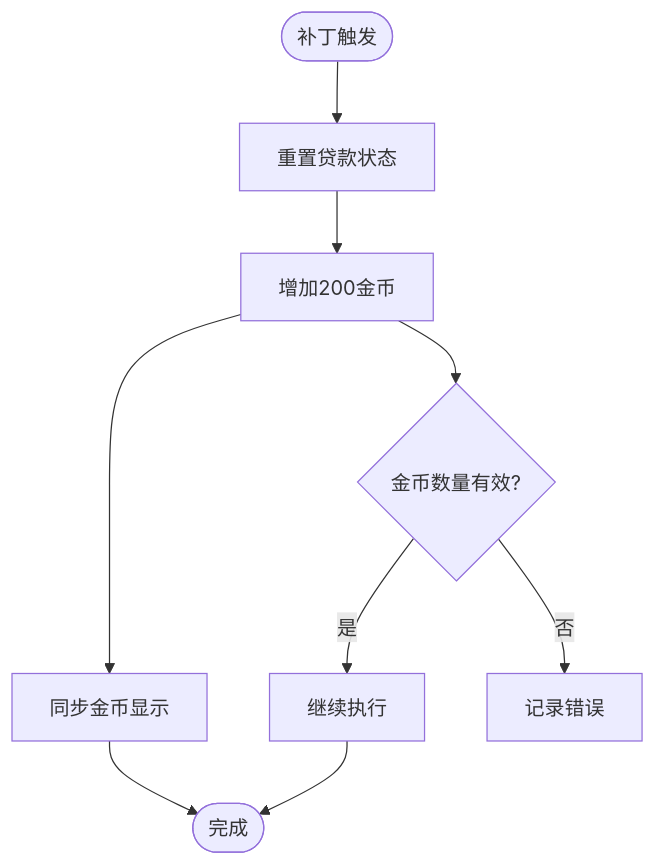
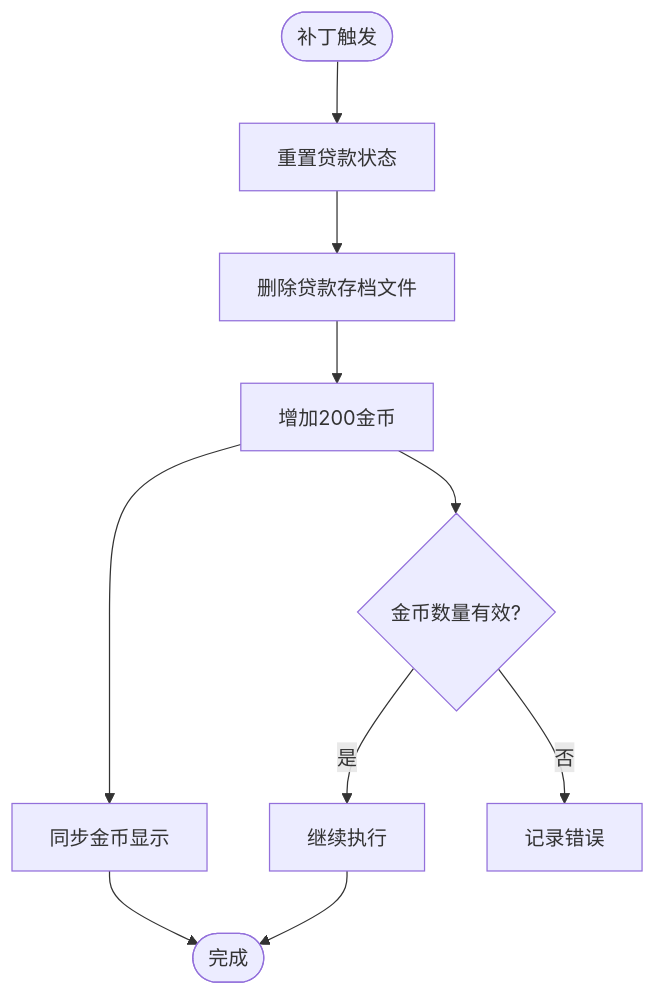
One commit to StephenZhuang/SpireMod changed the fourth of 8 diagrams in .qoder/repowiki/zh/content/核心功能/初始资源增益系统.md. Above: the diagram before and after it, drawn with Mermaid. The commit also changed other lines of this file and 35 other files, not shown here.

````diff
--- a/.qoder/repowiki/zh/content/核心功能/初始资源增益系统.md
+++ b/.qoder/repowiki/zh/content/核心功能/初始资源增益系统.md
@@ -185,11 +203,12 @@
 ```mermaid
 flowchart TD
 Start([补丁触发]) --> ResetLoan["重置贷款状态"]
-ResetLoan --> AddGold["增加200金币"]
+ResetLoan --> DeleteLoanFile["删除贷款存档文件"]
+DeleteLoanFile --> AddGold["增加200金币"]
 AddGold --> SyncDisplay["同步金币显示"]
 SyncDisplay --> End([完成])
 AddGold --> CheckAmount{"金币数量有效?"}
 CheckAmount --> |是| Continue["继续执行"]
 CheckAmount --> |否| Error["记录错误"]
 Continue --> End
 ```
````
